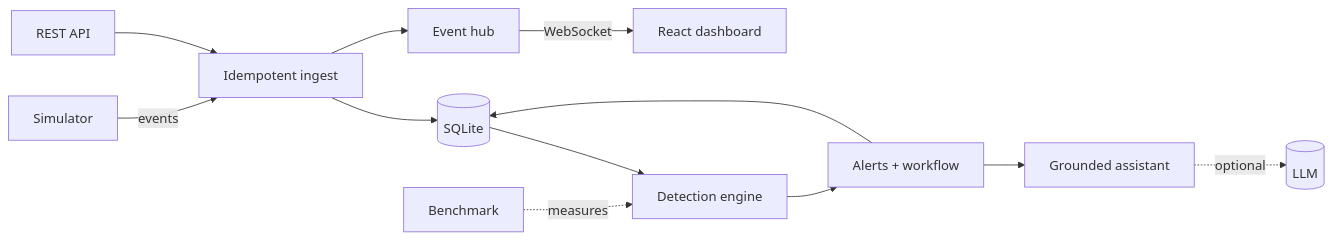
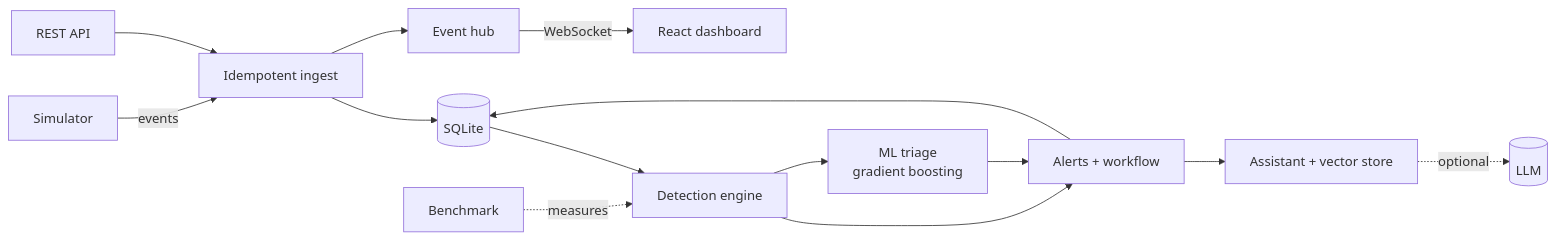
The diagram in README.md (Rehan1604/GraphGuard), drawn with Mermaid before and after one commit. The commit also changed other lines of this file and 55 other files, not shown here.

Commit message:
Add ML alert triage and vector-store RAG; update UI, tests and docs

````diff
--- a/README.md
+++ b/README.md
@@ -98,14 +136,16 @@
 ```mermaid
 flowchart LR
     SIM[Simulator] -->|events| ING[Idempotent ingest]
     API[REST API] --> ING
     ING --> DB[(SQLite)]
     DB --> DET[Detection engine]
     DET --> ALR[Alerts + workflow]
     ALR --> DB
     ING --> HUB[Event hub]
     HUB -->|WebSocket| UI[React dashboard]
-    ALR --> RAG[Grounded assistant]
+    DET --> ML[ML triage<br/>gradient boosting]
+    ML --> ALR
+    ALR --> RAG[Assistant + vector store]
     RAG -.optional.-> LLM[(LLM)]
     EVAL[Benchmark] -.measures.-> DET
 ```
````
